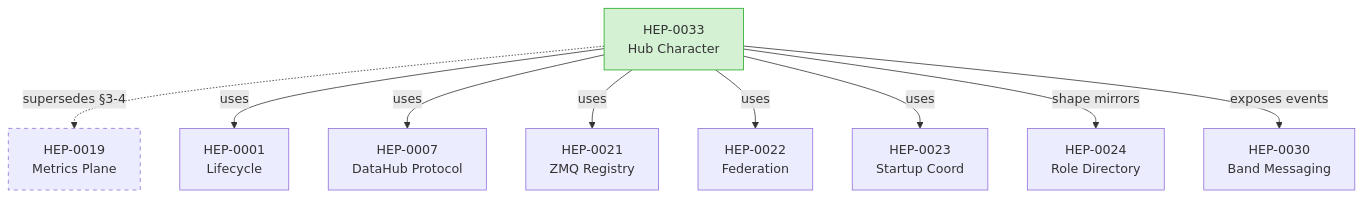
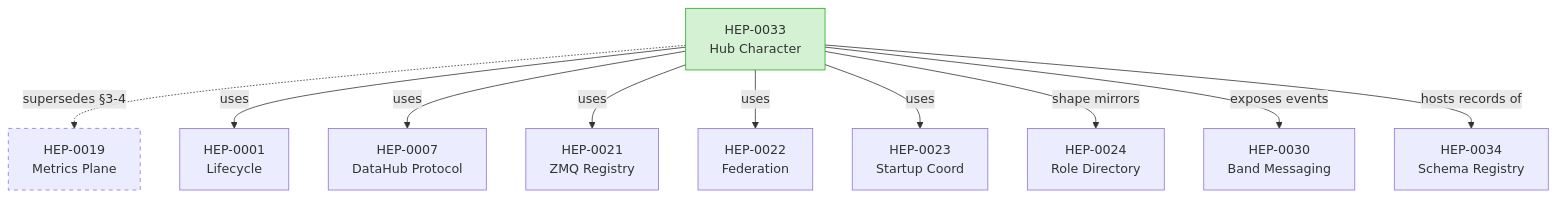
Before and after one commit to Qing-LAB/pylabhub: the seventh of 8 diagrams in docs/HEP/HEP-CORE-0033-Hub-Character.md, drawn with Mermaid. The commit also changed other lines of this file and 4 other files, not shown here.

First line of the commit message:
docs(HEP-0034): ratify owner-authoritative schema registry; supersede HEP-0016

````diff
--- a/docs/HEP/HEP-CORE-0033-Hub-Character.md
+++ b/docs/HEP/HEP-CORE-0033-Hub-Character.md
@@ -838,24 +857,26 @@
 ```mermaid
 graph TB
     H33[HEP-0033<br/>Hub Character]
     H19[HEP-0019<br/>Metrics Plane]
     H01[HEP-0001<br/>Lifecycle]
     H07[HEP-0007<br/>DataHub Protocol]
     H21[HEP-0021<br/>ZMQ Registry]
     H22[HEP-0022<br/>Federation]
     H23[HEP-0023<br/>Startup Coord]
     H24[HEP-0024<br/>Role Directory]
     H30[HEP-0030<br/>Band Messaging]
+    H34[HEP-0034<br/>Schema Registry]
 
     H33 -.supersedes §3-4.-> H19
     H33 -->|uses| H01
     H33 -->|uses| H07
     H33 -->|uses| H21
     H33 -->|uses| H22
     H33 -->|uses| H23
     H33 -->|shape mirrors| H24
     H33 -->|exposes events| H30
+    H33 -->|hosts records of| H34
 
     style H33 fill:#d4f1d4,stroke:#2a2
     style H19 stroke-dasharray: 5 5
 ```
````
